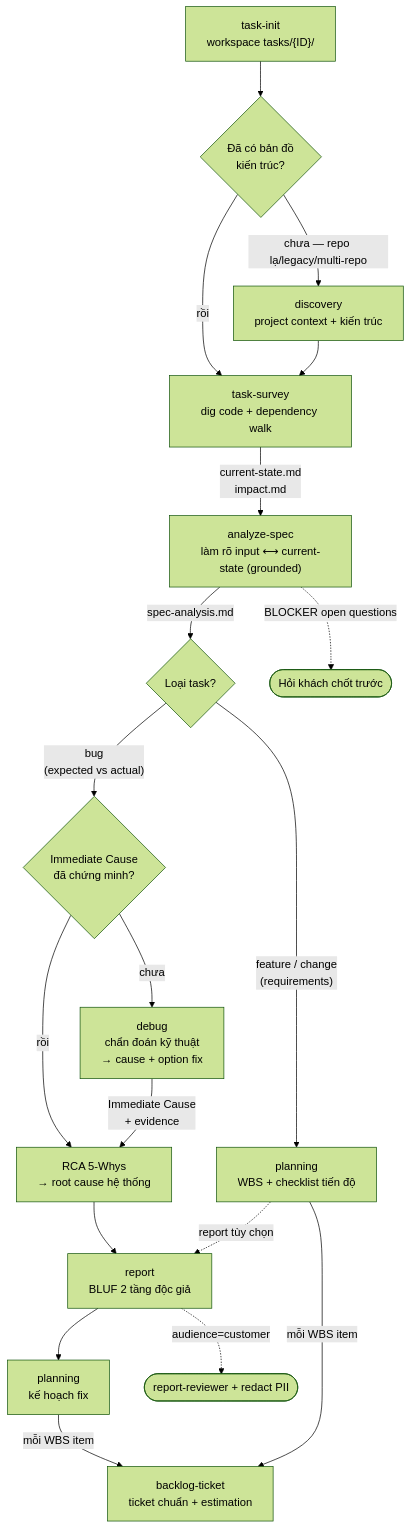
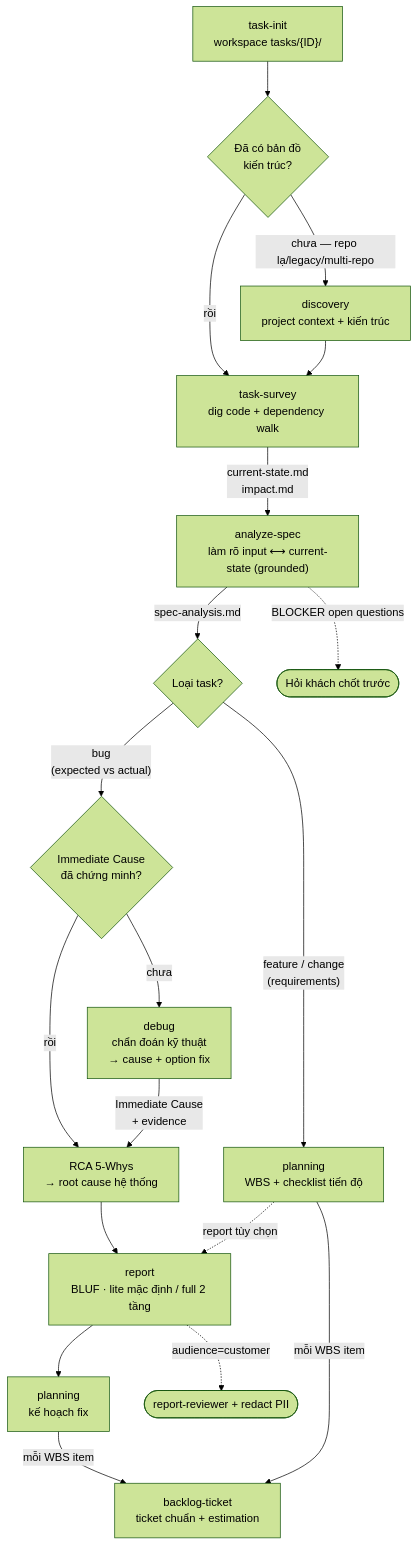
Before and after one commit to mynavitechtus-anhttq/task-toolkit: the diagram in README.md, drawn with Mermaid (forest theme). The commit also changed other lines of this file and 7 other files, not shown here.

First line of the commit message:
feat(report, backlog-ticket): output lite mặc định theo mẫu TechTus, thêm type SPECS

````diff
--- a/README.md
+++ b/README.md
@@ -31,21 +31,21 @@
 ```mermaid
 flowchart TD
     I["task-init<br/>workspace tasks/{ID}/"] --> D0{"Đã có bản đồ<br/>kiến trúc?"}
     D0 -->|"chưa — repo lạ/legacy/multi-repo"| DIS["discovery<br/>project context + kiến trúc"]
     D0 -->|"rồi"| S
     DIS --> S["task-survey<br/>dig code + dependency walk"]
     S -->|"current-state.md<br/>impact.md"| A["analyze-spec<br/>làm rõ input ⟷ current-state (grounded)"]
     A -->|"spec-analysis.md"| Q{"Loại task?"}
     A -.->|"BLOCKER open questions"| CQ(["Hỏi khách chốt trước"])
     Q -->|"feature / change<br/>(requirements)"| P["planning<br/>WBS + checklist tiến độ"]
     Q -->|"bug<br/>(expected vs actual)"| D1{"Immediate Cause<br/>đã chứng minh?"}
     D1 -->|"chưa"| DBG["debug<br/>chẩn đoán kỹ thuật<br/>→ cause + option fix"]
     D1 -->|"rồi"| R
     DBG -->|"Immediate Cause<br/>+ evidence"| R["RCA 5-Whys<br/>→ root cause hệ thống"]
-    R --> REP["report<br/>BLUF 2 tầng độc giả"]
+    R --> REP["report<br/>BLUF · lite mặc định / full 2 tầng"]
     REP --> PF["planning<br/>kế hoạch fix"]
     PF -->|"mỗi WBS item"| BT["backlog-ticket<br/>ticket chuẩn + estimation"]
     P -->|"mỗi WBS item"| BT
     P -.->|"report tùy chọn"| REP
     REP -.->|"audience=customer"| RV(["report-reviewer + redact PII"])
 ```
````
